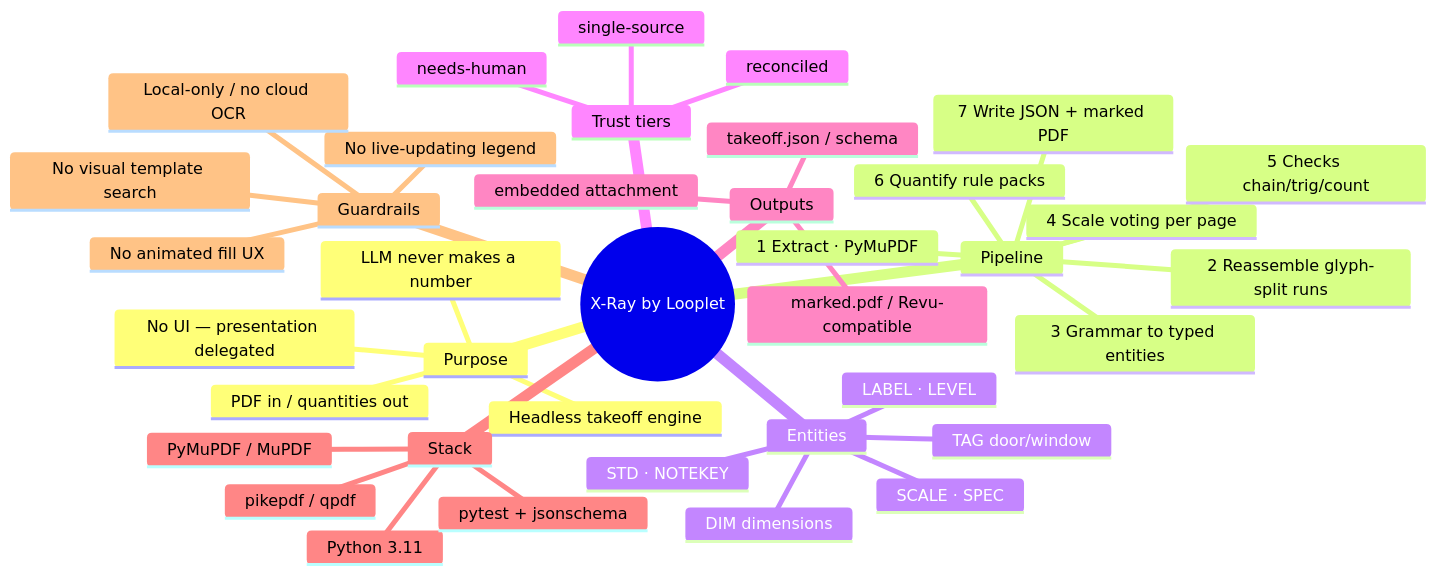
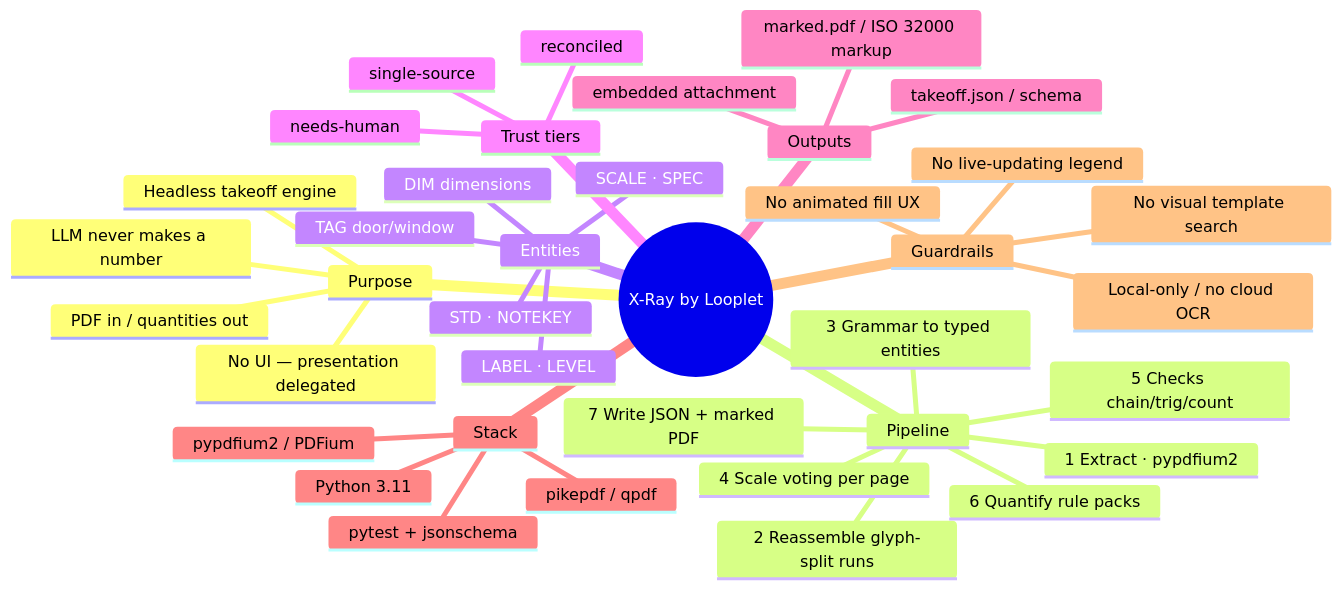
Before and after one commit to danielsivyer4567/xray-by-looplet: the diagram in docs/mindmap.mermaid, drawn with Mermaid. The commit also changed 11 other files, not shown here.

First line of the commit message:
Purge all competitor-brand references; reframe markup as ISO 32000

```diff
--- a/docs/mindmap.mermaid
+++ b/docs/mindmap.mermaid
@@ -1,39 +1,39 @@
 mindmap
   root((X-Ray by Looplet))
     Purpose
       Headless takeoff engine
       PDF in / quantities out
       No UI — presentation delegated
       LLM never makes a number
     Pipeline
-      1 Extract · PyMuPDF
+      1 Extract · pypdfium2
       2 Reassemble glyph-split runs
       3 Grammar to typed entities
       4 Scale voting per page
       5 Checks chain/trig/count
       6 Quantify rule packs
       7 Write JSON + marked PDF
     Entities
       DIM dimensions
       TAG door/window
       SCALE · SPEC
       LABEL · LEVEL
       STD · NOTEKEY
     Trust tiers
       reconciled
       single-source
       needs-human
     Outputs
       takeoff.json / schema
-      marked.pdf / Revu-compatible
+      marked.pdf / ISO 32000 markup
       embedded attachment
     Stack
       Python 3.11
-      PyMuPDF / MuPDF
+      pypdfium2 / PDFium
       pikepdf / qpdf
       pytest + jsonschema
     Guardrails
       No animated fill UX
       No live-updating legend
       No visual template search
       Local-only / no cloud OCR
```
